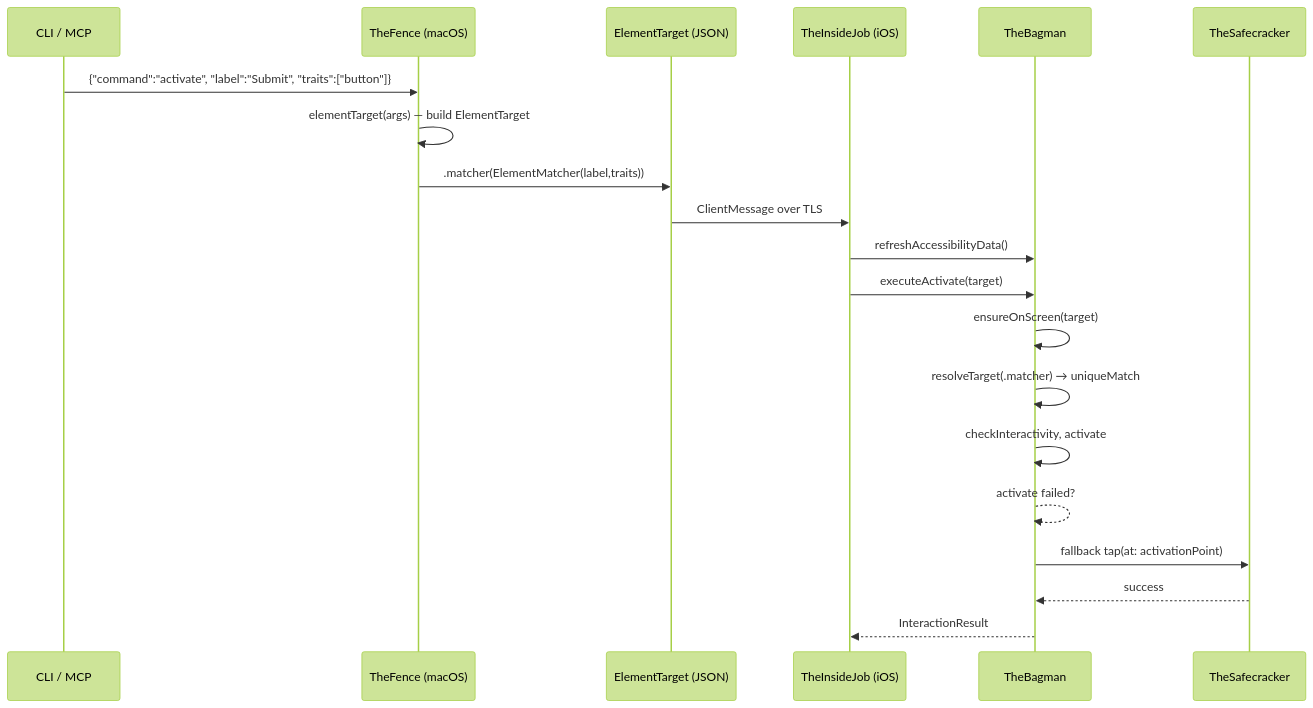
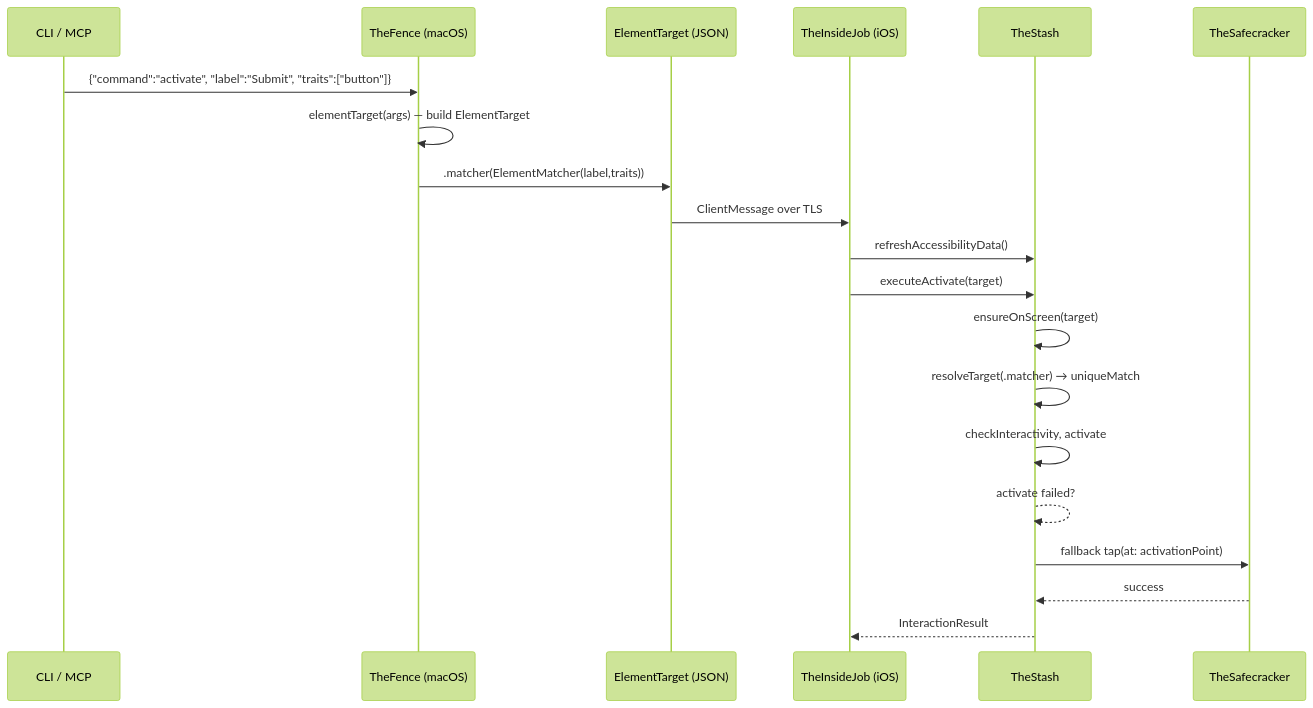
Before and after one commit to RoyalPineapple/TheButtonHeist: the first of 2 diagrams in docs/dossiers/15-UNIFIED-TARGETING.md, drawn with Mermaid (forest theme). The commit also changed other lines of this file and 71 other files, not shown here.

First line of the commit message:
Decompose TheBagman → TheStash + TheBurglar + TheBrains (#248)

````diff
--- a/docs/dossiers/15-UNIFIED-TARGETING.md
+++ b/docs/dossiers/15-UNIFIED-TARGETING.md
@@ -28,23 +28,23 @@
 ```mermaid
 sequenceDiagram
     participant Caller as CLI / MCP
     participant TF as TheFence (macOS)
     participant Wire as ElementTarget (JSON)
     participant IJ as TheInsideJob (iOS)
-    participant TB as TheBagman
+    participant TB as TheStash
     participant TS as TheSafecracker
 
     Caller->>TF: {"command":"activate", "label":"Submit", "traits":["button"]}
     TF->>TF: elementTarget(args) — build ElementTarget
     TF->>Wire: .matcher(ElementMatcher(label,traits))
     Wire->>IJ: ClientMessage over TLS
     IJ->>TB: refreshAccessibilityData()
     IJ->>TB: executeActivate(target)
     TB->>TB: ensureOnScreen(target)
     TB->>TB: resolveTarget(.matcher) → uniqueMatch
     TB->>TB: checkInteractivity, activate
     TB-->>TB: activate failed?
     TB->>TS: fallback tap(at: activationPoint)
     TS-->>TB: success
     TB-->>IJ: InteractionResult
 ```
````
